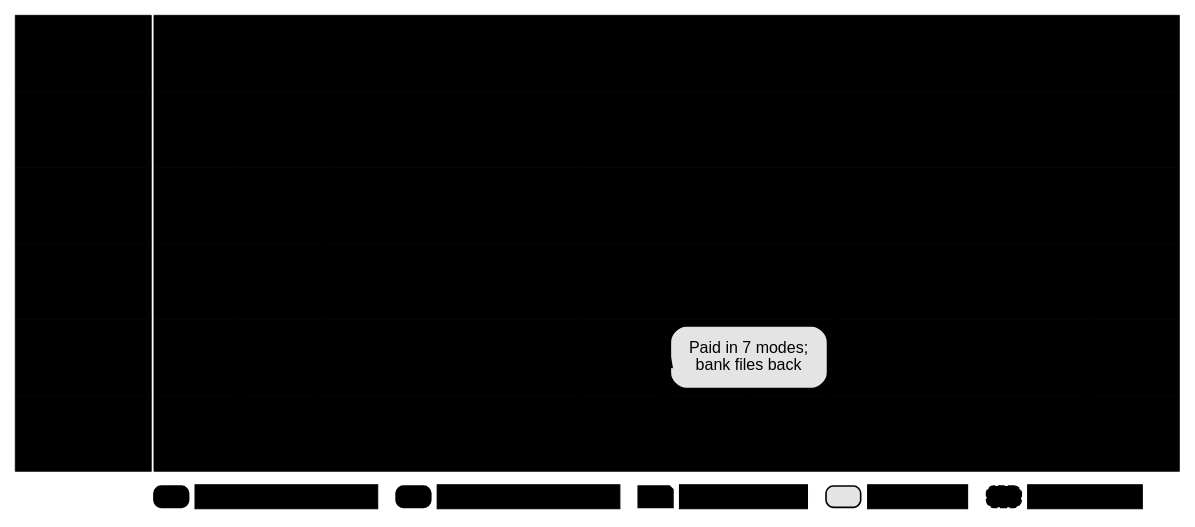
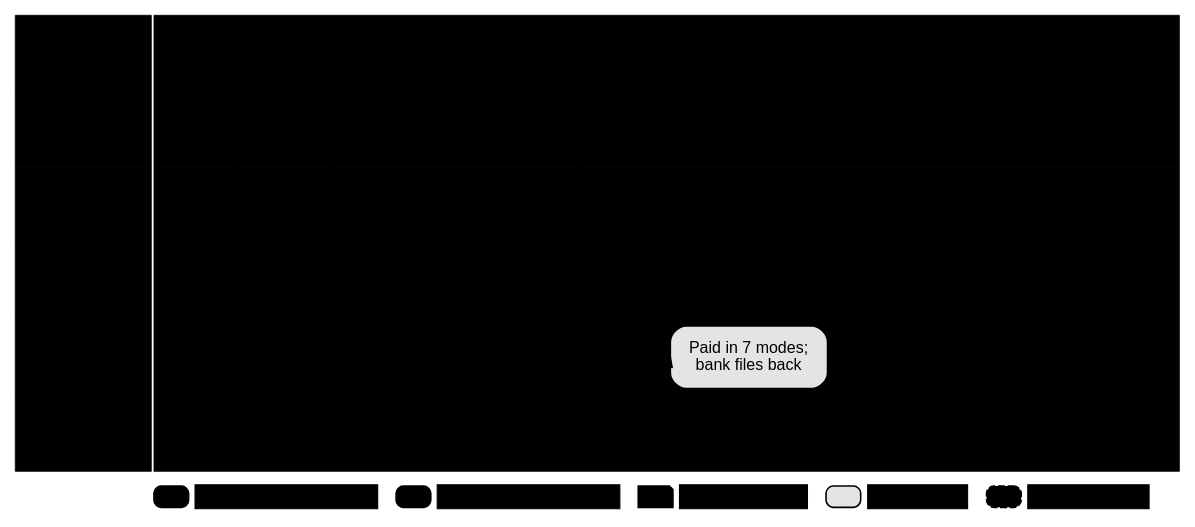
Before and after one commit to IortaTexhNXT-DEV/FinVerse: the diagram in docs/deliverables/src/decks/figures/brd05_envisioned.dot, drawn with Graphviz. The commit also changed 43 other files, not shown here.

Commit message:
Business process deck: FRS status and sign-off roadmap instead of build status; rebuilt deck and figures

```diff
--- a/docs/deliverables/src/decks/figures/brd05_envisioned.dot
+++ b/docs/deliverables/src/decks/figures/brd05_envisioned.dot
@@ -1,55 +1,55 @@
-// BRD-5 Accounting and Disbursement: envisioned swimlane in BIBS. Disbursement, accounting and ACSL in BIBS (design ACCOUNTING_DISBURSEMENT_DESIGN; BRD-5 p.46-48)
+// BRD-5 Accounting and Disbursement: envisioned swimlane in BIBS. Disbursement, accounting and ACSL in BIBS (FRS BRD-5; BRD-5 p.46-48)
 // Generated by docs/deliverables/src/decks/build_process_deck.py from the YAML in
 // process_deck/; edit the YAML and rebuild. Colour tokens are replaced at render time.
 digraph brd05_envisioned {
   graph [layout=neato, inputscale=72, splines=line, overlap=true, outputorder=nodesfirst, bgcolor="white", pad=0.05, fontname="Arial"];
   node [fontname="Arial"];
   edge [fontname="Arial"];
   c0 [pos="0,0!", shape=point, width=0.01, style=invis];
   c1 [pos="873.0,372.0!", shape=point, width=0.01, style=invis];
   r1 [pos="488.5,343.5!", shape=box, style="filled", fillcolor="@WHITE", color="@BORDER", penwidth=0.6, width=10.681, height=0.792, fixedsize=true, margin="0.03,0.02", label=""];
   r2 [pos="51.0,343.5!", shape=box, style="filled", fillcolor="@HEADER_BLUE", color="@WHITE", penwidth=0.6, width=1.417, height=0.792, fixedsize=true, margin="0.03,0.02", label=<<font point-size="11.5" color="@WHITE"><b>Marketing,<br/>requesters</b></font>>];
   r3 [pos="488.5,286.5!", shape=box, style="filled", fillcolor="@WHITE", color="@BORDER", penwidth=0.6, width=10.681, height=0.792, fixedsize=true, margin="0.03,0.02", label=""];
   r4 [pos="51.0,286.5!", shape=box, style="filled", fillcolor="@HEADER_BLUE", color="@WHITE", penwidth=0.6, width=1.417, height=0.792, fixedsize=true, margin="0.03,0.02", label=<<font point-size="11.5" color="@WHITE"><b>Disbursement</b></font>>];
   r5 [pos="488.5,229.5!", shape=box, style="filled", fillcolor="@WHITE", color="@BORDER", penwidth=0.6, width=10.681, height=0.792, fixedsize=true, margin="0.03,0.02", label=""];
   r6 [pos="51.0,229.5!", shape=box, style="filled", fillcolor="@HEADER_BLUE", color="@WHITE", penwidth=0.6, width=1.417, height=0.792, fixedsize=true, margin="0.03,0.02", label=<<font point-size="11.5" color="@WHITE"><b>Accounting<br/>(FRBS)</b></font>>];
   r7 [pos="488.5,172.5!", shape=box, style="filled", fillcolor="@WHITE", color="@BORDER", penwidth=0.6, width=10.681, height=0.792, fixedsize=true, margin="0.03,0.02", label=""];
   r8 [pos="51.0,172.5!", shape=box, style="filled", fillcolor="@HEADER_BLUE", color="@WHITE", penwidth=0.6, width=1.417, height=0.792, fixedsize=true, margin="0.03,0.02", label=<<font point-size="11.5" color="@WHITE"><b>ACSL</b></font>>];
   r9 [pos="488.5,115.5!", shape=box, style="filled", fillcolor="@DIRTY_WHITE", color="@BORDER", penwidth=0.6, width=10.681, height=0.792, fixedsize=true, margin="0.03,0.02", label=""];
   r10 [pos="51.0,115.5!", shape=box, style="filled", fillcolor="@MUTED", color="@WHITE", penwidth=0.6, width=1.417, height=0.792, fixedsize=true, margin="0.03,0.02", label=<<font point-size="11.5" color="@WHITE"><b>Bank, insurers</b></font>>];
   r11 [pos="488.5,58.5!", shape=box, style="filled", fillcolor="@BG_BLUE", color="@BORDER", penwidth=0.6, width=10.681, height=0.792, fixedsize=true, margin="0.03,0.02", label=""];
   r12 [pos="51.0,58.5!", shape=box, style="filled", fillcolor="@CTA_BLUE", color="@WHITE", penwidth=0.6, width=1.417, height=0.792, fixedsize=true, margin="0.03,0.02", label=<<font point-size="11.5" color="@WHITE"><b>BIBS<br/>(automatic)</b></font>>];
   b1 [pos="167.8,343.5!", shape=box, style="rounded,filled", fillcolor="@BG_BLUE", color="@CTA_BLUE", penwidth=1.3, width=1.632, height=0.653, fixedsize=true, margin="0.03,0.02", label=<<font point-size="11.0" color="@NEAR_BLACK">RRF / RFP with<br/>documents; approved</font>>];
   b2 [pos="167.8,58.5!", shape=box, style="rounded,filled", fillcolor="@CTA_BLUE", color="@CTA_BLUE", penwidth=1.3, width=1.632, height=0.653, fixedsize=true, margin="0.03,0.02", label=<<font point-size="11.0" color="@WHITE"><b>Requests from<br/>modules, upload,<br/>encoding</b></font>>];
   b3 [pos="295.2,286.5!", shape=box, style="rounded,filled", fillcolor="@BG_BLUE", color="@CTA_BLUE", penwidth=1.3, width=1.632, height=0.653, fixedsize=true, margin="0.03,0.02", label=<<font point-size="12" color="@NEAR_BLACK">DV with editable<br/>proforma entry</font>>];
   b4 [pos="422.8,286.5!", shape=box, style="rounded,filled", fillcolor="@BG_BLUE", color="@CTA_BLUE", penwidth=1.3, width=1.632, height=0.653, fixedsize=true, margin="0.03,0.02", label=<<font point-size="12" color="@NEAR_BLACK">Verifier and<br/>approvers decide</font>>];
   b5 [pos="422.8,58.5!", shape=box, style="rounded,filled", fillcolor="@CTA_BLUE", color="@CTA_BLUE", penwidth=1.3, width=1.632, height=0.653, fixedsize=true, margin="0.03,0.02", label=<<font point-size="11.0" color="@WHITE"><b>Posted to GL and<br/>SL; balance<br/>checked</b></font>>];
   b6 [pos="550.2,115.5!", shape=box, style="rounded,filled", fillcolor="#E4E4E4", color="@MUTED", penwidth=1.3, width=1.632, height=0.653, fixedsize=true, margin="0.03,0.02", label=<<font point-size="12" color="@NEAR_BLACK">Paid in 7 modes;<br/>bank files back</font>>];
   b7 [pos="550.2,58.5!", shape=box, style="rounded,filled", fillcolor="@CTA_BLUE", color="@CTA_BLUE", penwidth=1.3, width=1.632, height=0.653, fixedsize=true, margin="0.03,0.02", label=<<font point-size="12" color="@WHITE"><b>Status and CWT<br/>tagged; BIR 2307</b></font>>];
   b8 [pos="677.8,172.5!", shape=box, style="rounded,filled", fillcolor="@BG_BLUE", color="@CTA_BLUE", penwidth=1.3, width=1.632, height=0.653, fixedsize=true, margin="0.03,0.02", label=<<font point-size="11.0" color="@NEAR_BLACK">Insurer SOA<br/>reconciled per<br/>invoice</font>>];
   b9 [pos="805.2,172.5!", shape=box, style="rounded,filled", fillcolor="@BG_BLUE", color="@CTA_BLUE", penwidth=1.3, width=1.632, height=0.653, fixedsize=true, margin="0.03,0.02", label=<<font point-size="11.0" color="@NEAR_BLACK">Correction reviewed<br/>and approved</font>>];
   b10 [pos="677.8,229.5!", shape=box, style="rounded,filled", fillcolor="@BG_BLUE", color="@CTA_BLUE", penwidth=1.3, width=1.632, height=0.653, fixedsize=true, margin="0.03,0.02", label=<<font point-size="11.0" color="@NEAR_BLACK">Bank recon by check<br/>no. and amount</font>>];
   b11 [pos="805.2,229.5!", shape=box, style="rounded,filled", fillcolor="@BG_BLUE", color="@CTA_BLUE", penwidth=1.3, width=1.632, height=0.653, fixedsize=true, margin="0.03,0.02", label=<<font point-size="12" color="@NEAR_BLACK">Scheduled close;<br/>reports on demand</font>>];
   b12 [pos="805.2,58.5!", shape=box, style="rounded,filled", fillcolor="@CTA_BLUE", color="@CTA_BLUE", penwidth=1.3, width=1.632, height=0.653, fixedsize=true, margin="0.03,0.02", label=<<font point-size="11.0" color="@WHITE"><b>Correction posted;<br/>one root invoice</b></font>>];
   r13 [pos="117.0,11.0!", shape=box, style="rounded,filled", fillcolor="@BG_BLUE", color="@CTA_BLUE", penwidth=1.2, width=0.361, height=0.222, fixedsize=true, margin="0.03,0.02", label=""];
   r14 [pos="203.3,11.0!", shape=box, style="filled", fillcolor="@WHITE", color="@WHITE", penwidth=0.8, width=1.897, height=0.250, fixedsize=true, margin="0.03,0.02", label=<<font point-size="10.5" color="@TEXT">BDOI user on a BIBS screen</font>>];
   r15 [pos="298.6,11.0!", shape=box, style="rounded,filled", fillcolor="@CTA_BLUE", color="@CTA_BLUE", penwidth=1.2, width=0.361, height=0.222, fixedsize=true, margin="0.03,0.02", label=""];
   r16 [pos="384.9,11.0!", shape=box, style="filled", fillcolor="@WHITE", color="@WHITE", penwidth=0.8, width=1.897, height=0.250, fixedsize=true, margin="0.03,0.02", label=<<font point-size="10.5" color="@TEXT">BIBS does it automatically</font>>];
   r17 [pos="480.2,11.0!", shape=note, style="filled", fillcolor="@WHITE", color="@CTA_BLUE", penwidth=1.2, width=0.361, height=0.222, fixedsize=true, margin="0.03,0.02", label=""];
   r18 [pos="546.1,11.0!", shape=box, style="filled", fillcolor="@WHITE", color="@WHITE", penwidth=0.8, width=1.331, height=0.250, fixedsize=true, margin="0.03,0.02", label=<<font point-size="10.5" color="@TEXT">Document or notice</font>>];
   r19 [pos="621.0,11.0!", shape=box, style="rounded,filled", fillcolor="#E4E4E4", color="@MUTED", penwidth=1.2, width=0.361, height=0.222, fixedsize=true, margin="0.03,0.02", label=""];
   r20 [pos="676.7,11.0!", shape=box, style="filled", fillcolor="@WHITE", color="@WHITE", penwidth=0.8, width=1.047, height=0.250, fixedsize=true, margin="0.03,0.02", label=<<font point-size="10.5" color="@TEXT">External party</font>>];
   r21 [pos="741.4,11.0!", shape=box, style="rounded,filled,dashed", fillcolor="@WHITE", color="@MUTED", penwidth=1.2, width=0.361, height=0.222, fixedsize=true, margin="0.03,0.02", label=""];
-  r22 [pos="802.2,11.0!", shape=box, style="filled", fillcolor="@WHITE", color="@WHITE", penwidth=0.8, width=1.189, height=0.250, fixedsize=true, margin="0.03,0.02", label=<<font point-size="10.5" color="@TEXT">Parked interface</font>>];
+  r22 [pos="804.8,11.0!", shape=box, style="filled", fillcolor="@WHITE", color="@WHITE", penwidth=0.8, width=1.260, height=0.250, fixedsize=true, margin="0.03,0.02", label=<<font point-size="10.5" color="@TEXT">Interface on hold</font>>];
   b1 -> b2 [color="@HEADER_BLUE", style=solid, penwidth=1.3, arrowsize=0.7, tailport=s, headport=n];
   b2 -> b3 [color="@HEADER_BLUE", style=solid, penwidth=1.3, arrowsize=0.7, tailport=e, headport=w];
   b3 -> b4 [color="@HEADER_BLUE", style=solid, penwidth=1.3, arrowsize=0.7, tailport=e, headport=w];
   b4 -> b5 [color="@HEADER_BLUE", style=solid, penwidth=1.3, arrowsize=0.7, tailport=s, headport=n];
   b5 -> b6 [color="@HEADER_BLUE", style=solid, penwidth=1.3, arrowsize=0.7, tailport=e, headport=w];
   b6 -> b7 [color="@MUTED", style=dashed, penwidth=1.3, arrowsize=0.7, tailport=s, headport=n];
   b7 -> b8 [color="@HEADER_BLUE", style=solid, penwidth=1.3, arrowsize=0.7, tailport=e, headport=w];
   b7 -> b10 [color="@HEADER_BLUE", style=solid, penwidth=1.3, arrowsize=0.7, tailport=e, headport=w];
   b8 -> b9 [color="@HEADER_BLUE", style=solid, penwidth=1.3, arrowsize=0.7, tailport=e, headport=w];
   b9 -> b12 [color="@HEADER_BLUE", style=solid, penwidth=1.3, arrowsize=0.7, tailport=s, headport=n];
   b10 -> b11 [color="@HEADER_BLUE", style=solid, penwidth=1.3, arrowsize=0.7, tailport=e, headport=w];
 }
```
